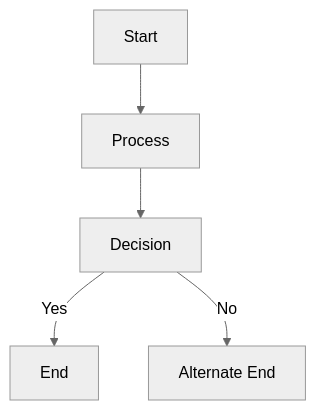
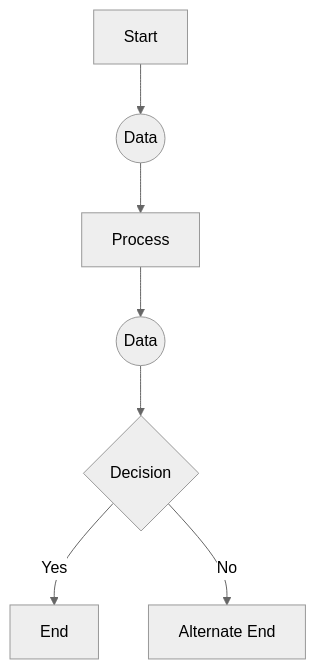
One commit to TheFunEmbargo/knowledge changed the first of 2 diagrams in docs/feature_spec_doc.md. Above: the diagram before and after it, drawn with Mermaid (neutral theme).

````diff
--- a/docs/feature_spec_doc.md
+++ b/docs/feature_spec_doc.md
@@ -100,7 +100,7 @@
 ```mermaid
 graph TD
-    A[Start] --> B[Process]
-    B --> C[Decision]
+    A[Start] --> F((Data)) --> B[Process] --> G((Data))
+    G --> C{Decision}
     C -->|Yes| D[End]
     C -->|No| E[Alternate End]
 ```
````
